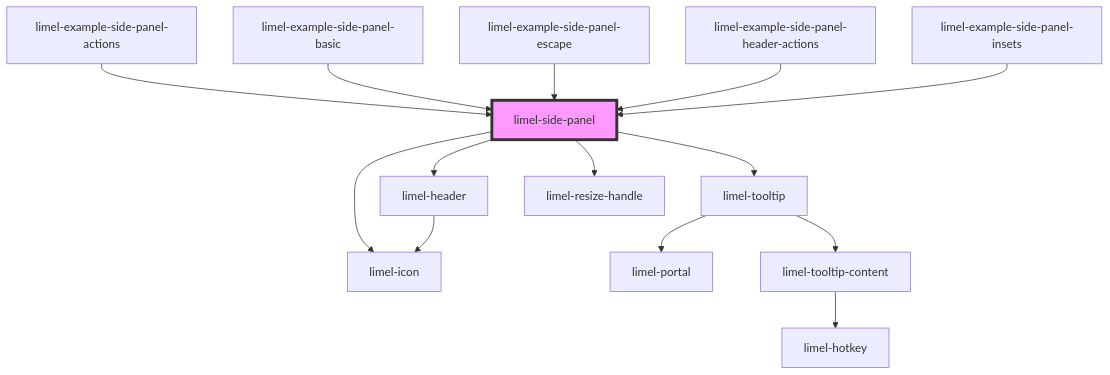
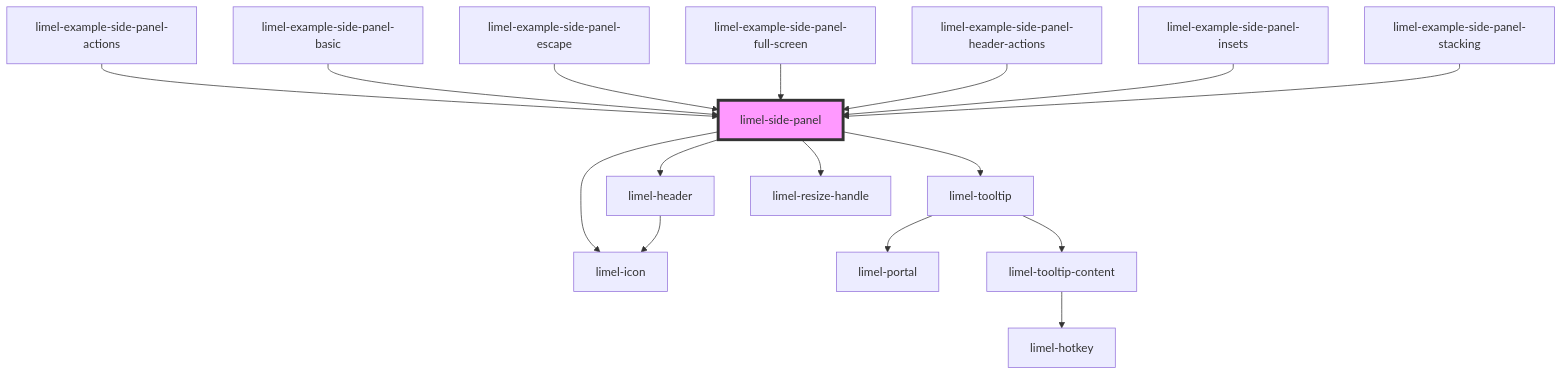
One commit to Lundalogik/lime-elements changed the diagram in versions/PR-4403/markdown-docs/components/side-panel/readme.md. Above: the diagram before and after it, drawn with Mermaid. The commit also changed other lines of this file and 596 other files, not shown here.

````diff
--- a/versions/PR-4403/markdown-docs/components/side-panel/readme.md
+++ b/versions/PR-4403/markdown-docs/components/side-panel/readme.md
@@ -131,17 +74,19 @@
 ```mermaid
 graph TD;
   limel-side-panel --> limel-icon
   limel-side-panel --> limel-tooltip
   limel-side-panel --> limel-header
   limel-side-panel --> limel-resize-handle
   limel-tooltip --> limel-portal
   limel-tooltip --> limel-tooltip-content
   limel-tooltip-content --> limel-hotkey
   limel-header --> limel-icon
   limel-example-side-panel-actions --> limel-side-panel
   limel-example-side-panel-basic --> limel-side-panel
   limel-example-side-panel-escape --> limel-side-panel
+  limel-example-side-panel-full-screen --> limel-side-panel
   limel-example-side-panel-header-actions --> limel-side-panel
   limel-example-side-panel-insets --> limel-side-panel
+  limel-example-side-panel-stacking --> limel-side-panel
   style limel-side-panel fill:#f9f,stroke:#333,stroke-width:4px
 ```
````
